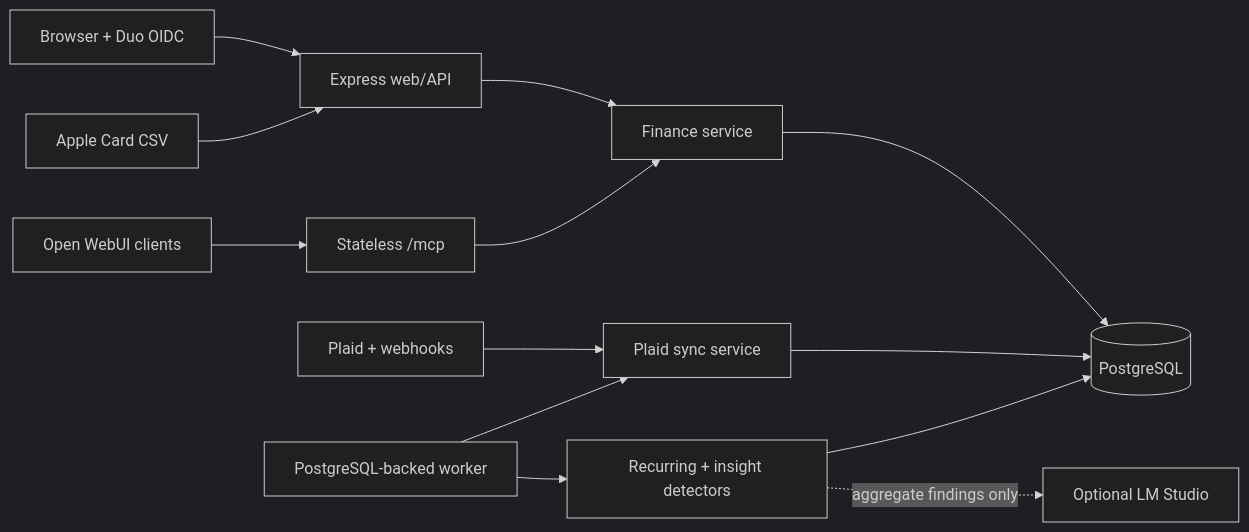
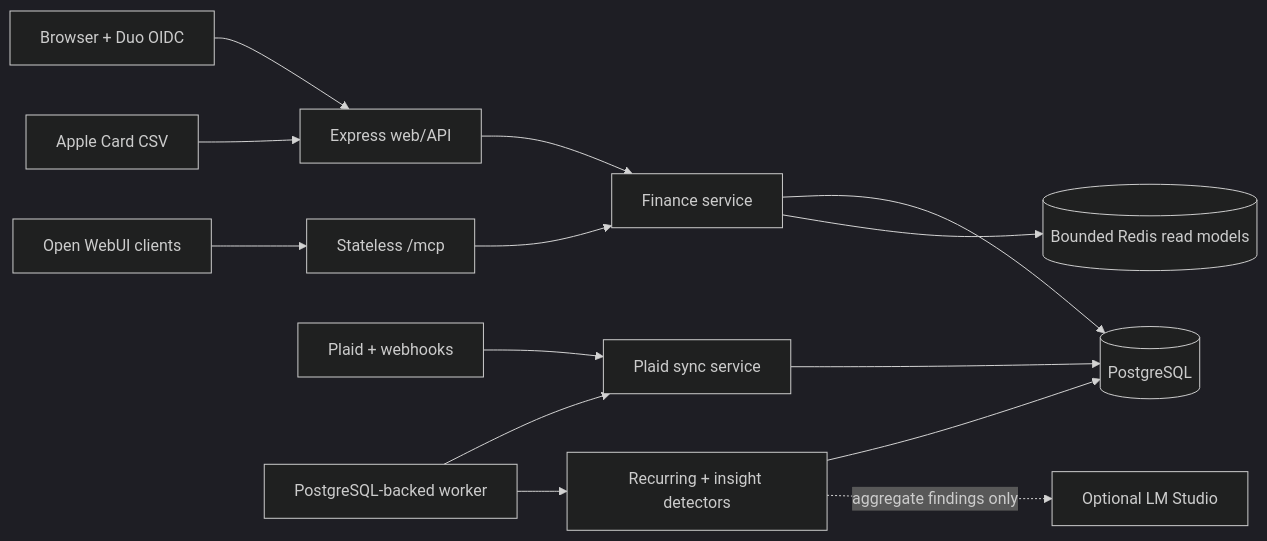
Before and after one commit to francisschmaltz/money: the diagram in README.md, drawn with Mermaid (dark theme). The commit also changed other lines of this file and 42 other files, not shown here.

````diff
--- a/README.md
+++ b/README.md
@@ -50,15 +50,16 @@
 ```mermaid
 flowchart LR
     Browser["Browser + Duo OIDC"] --> Web["Express web/API"]
     OpenWebUI["Open WebUI clients"] --> MCP["Stateless /mcp"]
     Web --> Finance["Finance service"]
     MCP --> Finance
     Finance --> Postgres[("PostgreSQL")]
+    Finance --> Redis[("Bounded Redis read models")]
     Plaid["Plaid + webhooks"] --> Sync["Plaid sync service"]
     Sync --> Postgres
     AppleCard["Apple Card CSV"] --> Web
     Worker["PostgreSQL-backed worker"] --> Sync
     Worker --> Insights["Recurring + insight detectors"]
     Insights --> Postgres
     Insights -. aggregate findings only .-> LM["Optional LM Studio"]
 ```
````
